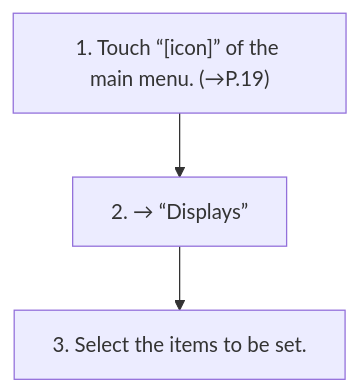
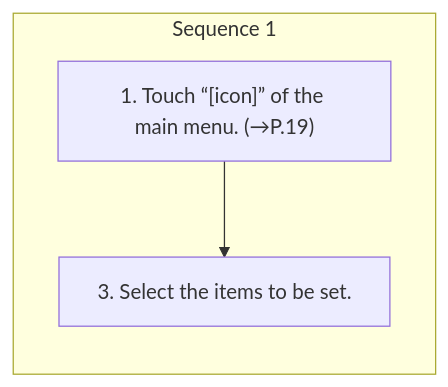
Before and after one commit to Chieko-Y/my-spec-generator: the diagram in workspace/subaru/outback-2026/ivi/published/settings/6-displays-settings-screen.md, drawn with Mermaid. The commit also changed other lines of this file and 268 other files, not shown here.

````diff
--- a/workspace/subaru/outback-2026/ivi/published/settings/6-displays-settings-screen.md
+++ b/workspace/subaru/outback-2026/ivi/published/settings/6-displays-settings-screen.md
@@ -14,8 +14,9 @@
 ```mermaid
 flowchart TD
-    S1["1. Touch “[icon]” of the main menu. (→P.19)"]
-    S2["2. → “Displays”"]
-    S3["3. Select the items to be set."]
-    S1 --> S2
-    S2 --> S3
+    subgraph SEQ1["Sequence 1"]
+    direction TB
+    S1_1["1. Touch “[icon]” of the main menu. (→P.19)"]
+    S1_3["3. Select the items to be set."]
+    S1_1 --> S1_3
+    end
 ```
````
